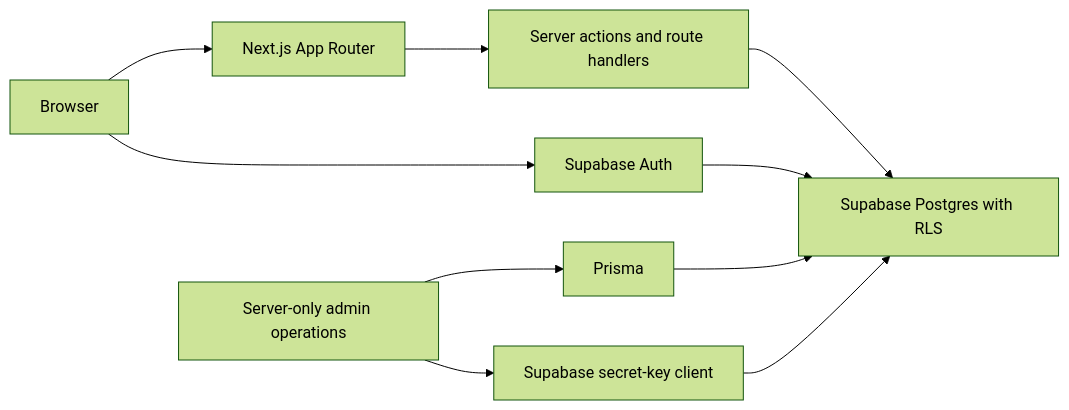
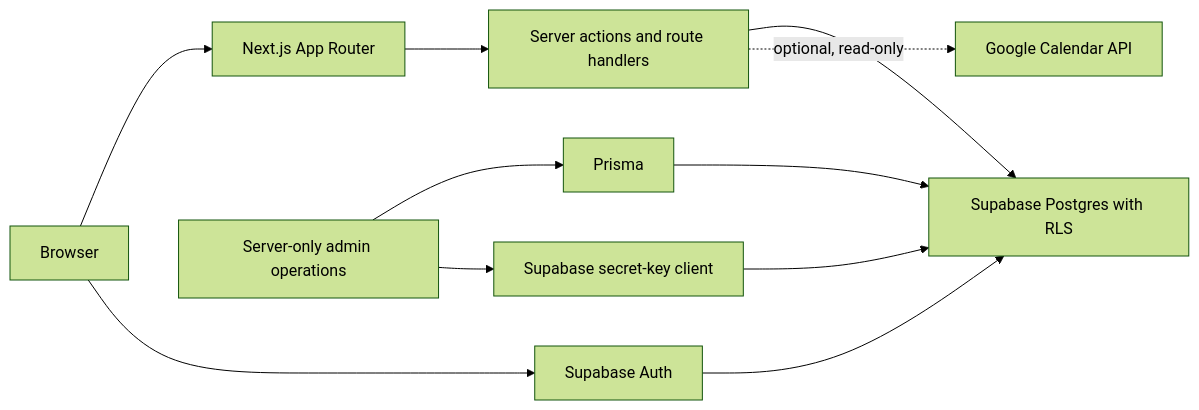
One commit to pokharelsandeep333-commits/ShiftSentry changed the diagram in README.md. Above: the diagram before and after it, drawn with Mermaid (forest theme). The commit also changed other lines of this file and 2 other files, not shown here.

First line of the commit message:
docs: refresh the README for the landing page, calendar, and Google sync

````diff
--- a/README.md
+++ b/README.md
@@ -90,12 +101,13 @@
 ```mermaid
 flowchart LR
   Browser[Browser] --> Next[Next.js App Router]
   Next --> Actions[Server actions and route handlers]
   Browser --> Auth[Supabase Auth]
   Actions --> Database[Supabase Postgres with RLS]
   Auth --> Database
   Admin[Server-only admin operations] --> Prisma[Prisma]
   Admin --> SecretClient[Supabase secret-key client]
   Prisma --> Database
   SecretClient --> Database
+  Actions -. optional, read-only .-> Google[Google Calendar API]
 ```
````
